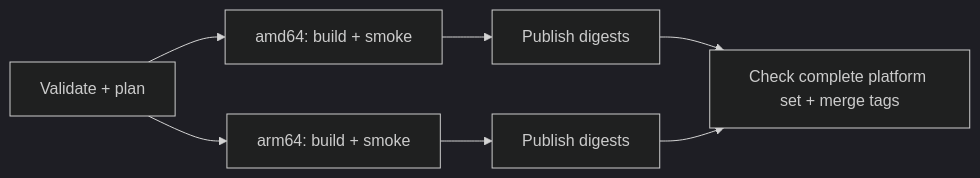
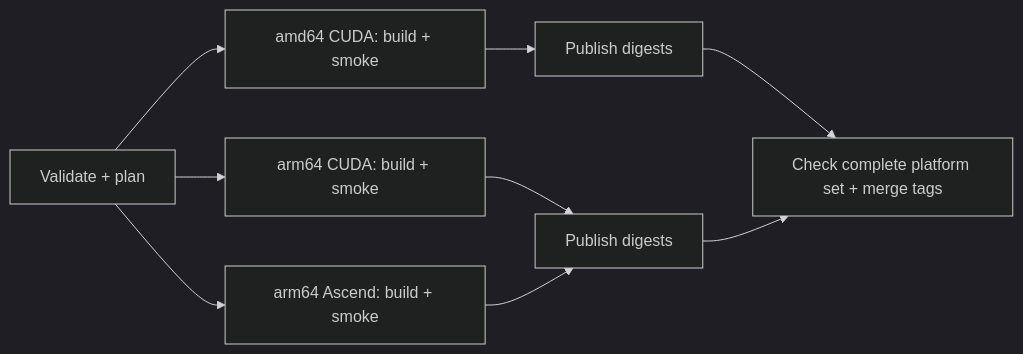
Before and after one commit to DKUAV/images: the second of 2 diagrams in README.md, drawn with Mermaid (dark theme). The commit also changed other lines of this file and 12 other files, not shown here.

````diff
--- a/README.md
+++ b/README.md
@@ -88,9 +88,11 @@
 ```mermaid
 graph LR
-  P["Validate + plan"] --> A["amd64: build + smoke"]
-  P --> B["arm64: build + smoke"]
+  P["Validate + plan"] --> A["amd64 CUDA: build + smoke"]
+  P --> B["arm64 CUDA: build + smoke"]
   A --> X["Publish digests"]
   B --> Y["Publish digests"]
+  P --> C["arm64 Ascend: build + smoke"]
+  C --> Y
   X --> M["Check complete platform set + merge tags"]
   Y --> M
 ```
````
